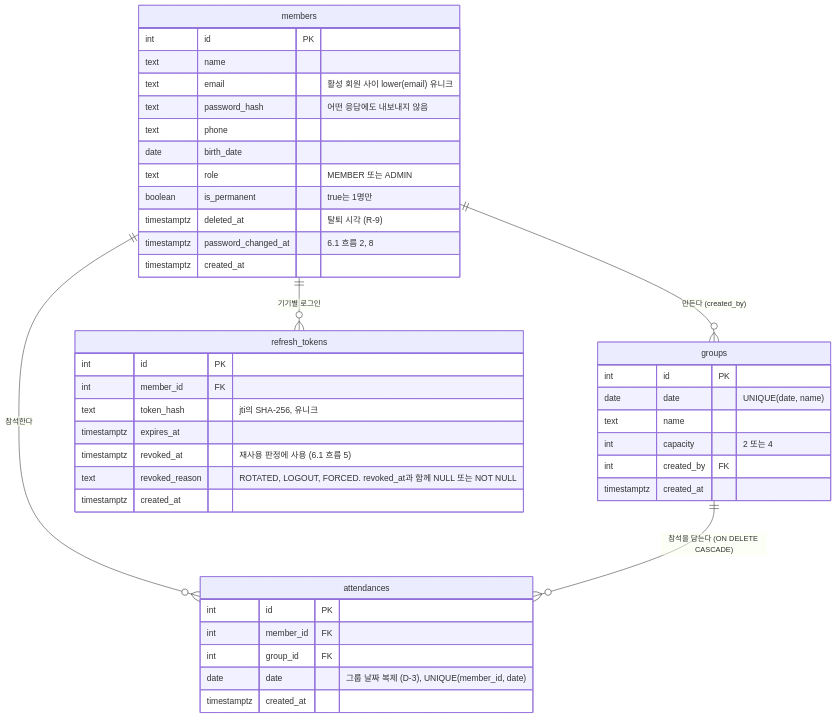
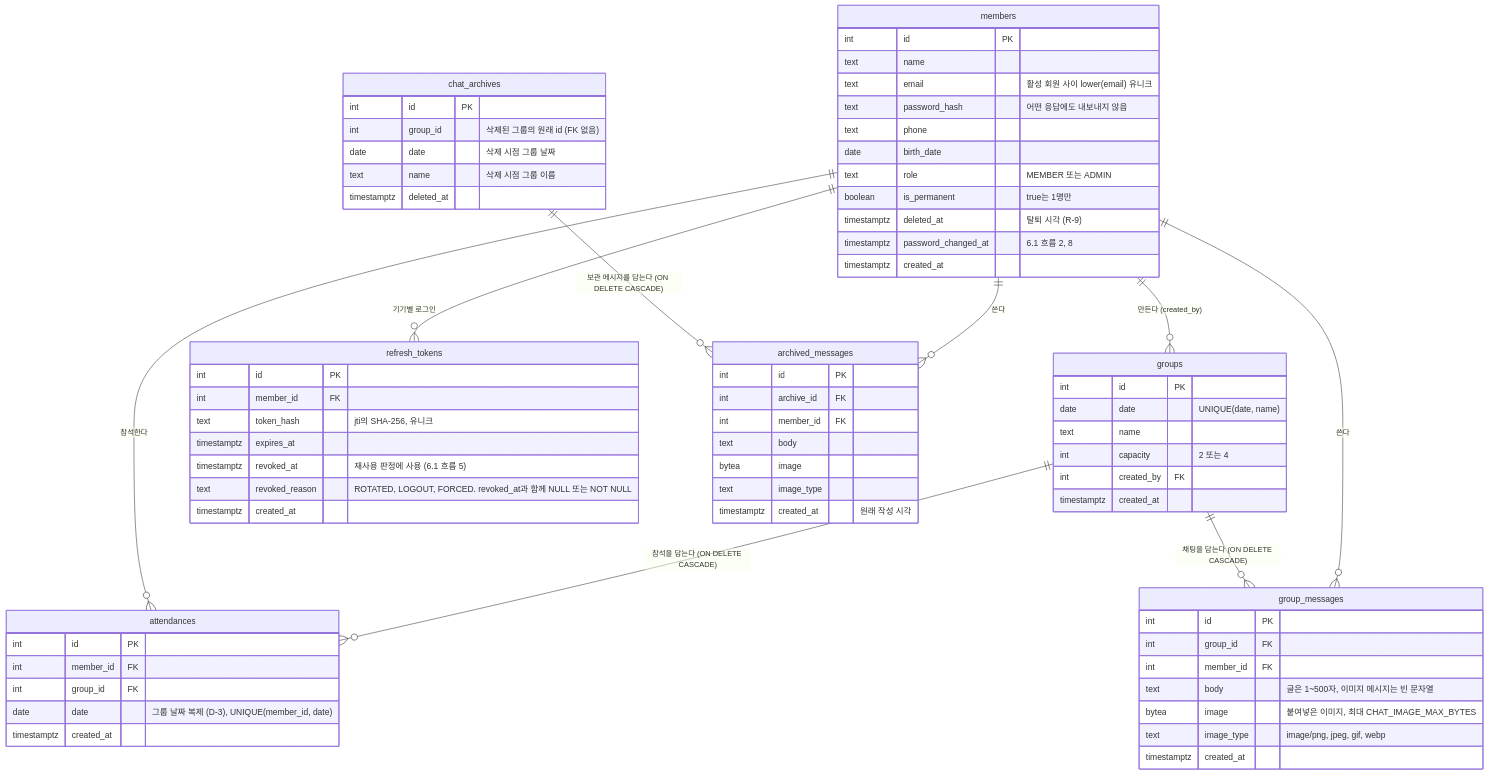
The diagram in docs/7-erd.md (uokevin-hash/cal-todo), drawn with Mermaid before and after one commit. The commit also changed other lines of this file and 12 other files, not shown here.

````diff
--- a/docs/7-erd.md
+++ b/docs/7-erd.md
@@ -22,45 +26,74 @@
 ```mermaid
 erDiagram
     members ||--o{ attendances : "참석한다"
     groups ||--o{ attendances : "참석을 담는다 (ON DELETE CASCADE)"
     members ||--o{ groups : "만든다 (created_by)"
     members ||--o{ refresh_tokens : "기기별 로그인"
+    groups ||--o{ group_messages : "채팅을 담는다 (ON DELETE CASCADE)"
+    members ||--o{ group_messages : "쓴다"
+    chat_archives ||--o{ archived_messages : "보관 메시지를 담는다 (ON DELETE CASCADE)"
+    members ||--o{ archived_messages : "쓴다"
 
     members {
         int id PK
         text name
         text email "활성 회원 사이 lower(email) 유니크"
         text password_hash "어떤 응답에도 내보내지 않음"
         text phone
         date birth_date
         text role "MEMBER 또는 ADMIN"
         boolean is_permanent "true는 1명만"
         timestamptz deleted_at "탈퇴 시각 (R-9)"
         timestamptz password_changed_at "6.1 흐름 2, 8"
         timestamptz created_at
     }
     groups {
         int id PK
         date date "UNIQUE(date, name)"
         text name
         int capacity "2 또는 4"
         int created_by FK
         timestamptz created_at
     }
     attendances {
         int id PK
         int member_id FK
         int group_id FK
         date date "그룹 날짜 복제 (D-3), UNIQUE(member_id, date)"
         timestamptz created_at
     }
     refresh_tokens {
         int id PK
         int member_id FK
         text token_hash "jti의 SHA-256, 유니크"
         timestamptz expires_at
         timestamptz revoked_at "재사용 판정에 사용 (6.1 흐름 5)"
         text revoked_reason "ROTATED, LOGOUT, FORCED. revoked_at과 함께 NULL 또는 NOT NULL"
         timestamptz created_at
     }
+    group_messages {
+        int id PK
+        int group_id FK
+        int member_id FK
+        text body "글은 1~500자, 이미지 메시지는 빈 문자열"
+        bytea image "붙여넣은 이미지, 최대 CHAT_IMAGE_MAX_BYTES"
+        text image_type "image/png, jpeg, gif, webp"
+        timestamptz created_at
+    }
+    chat_archives {
+        int id PK
+        int group_id "삭제된 그룹의 원래 id (FK 없음)"
+        date date "삭제 시점 그룹 날짜"
+        text name "삭제 시점 그룹 이름"
+        timestamptz deleted_at
+    }
+    archived_messages {
+        int id PK
+        int archive_id FK
+        int member_id FK
+        text body
+        bytea image
+        text image_type
+        timestamptz created_at "원래 작성 시각"
+    }
 ```
````
